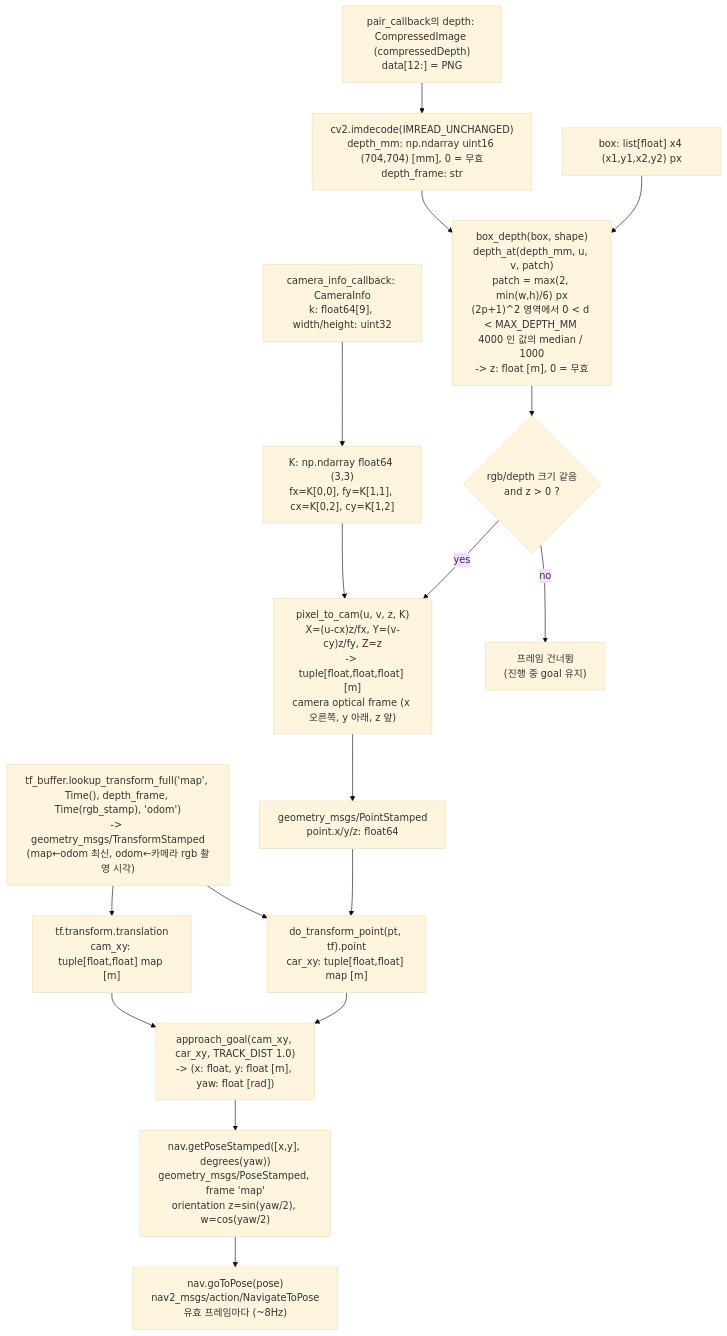
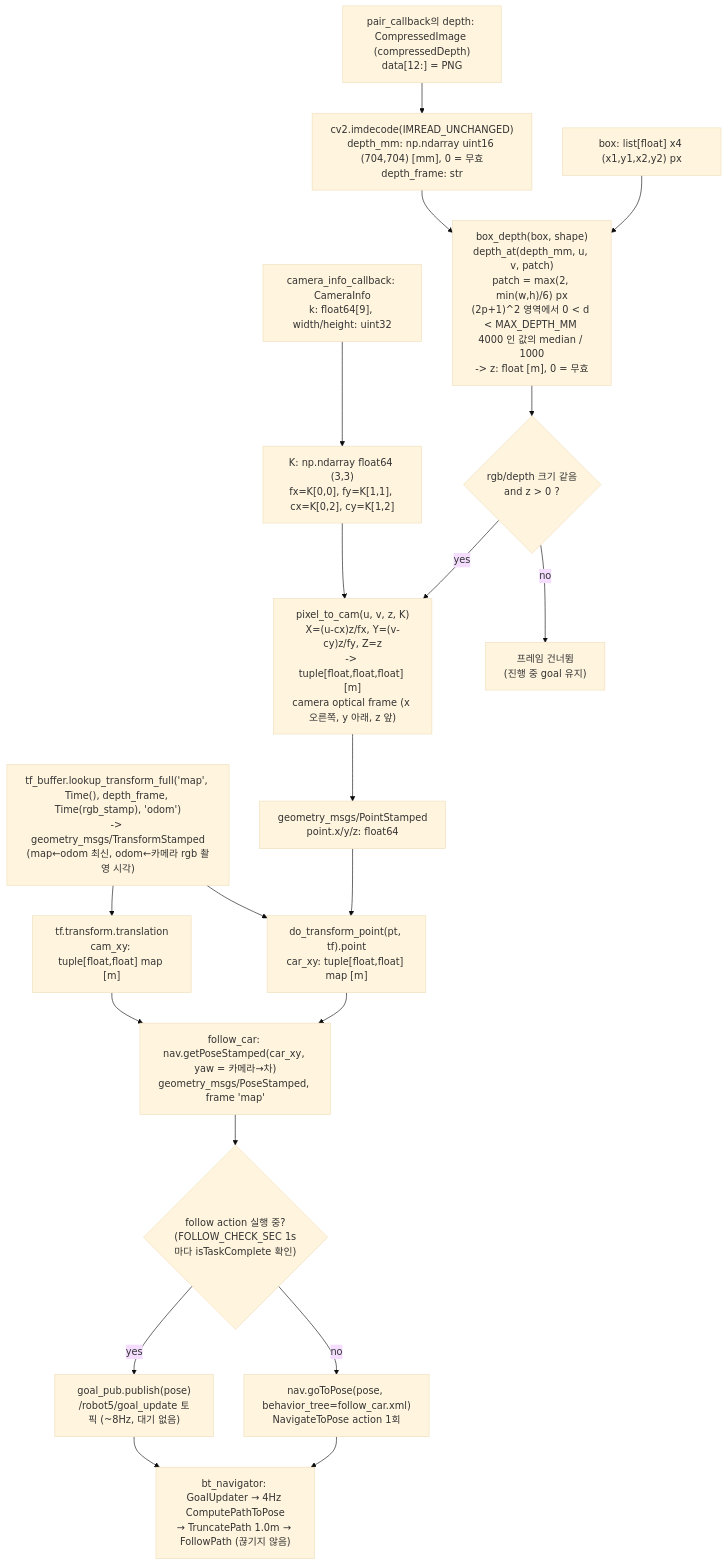
One commit to choicsh/cobot4_ws_miniproject changed the fifth of 7 diagrams in docs/architecture.md. Above: the diagram before and after it, drawn with Mermaid (base theme). The commit also changed other lines of this file and 4 other files, not shown here.

First line of the commit message:
feat(mission): TRACK을 Nav2 follow_point BT로 (action 1회 + goal_update 토픽)

````diff
--- a/docs/architecture.md
+++ b/docs/architecture.md
@@ -149,19 +150,22 @@
 ```mermaid
 flowchart TD
     D0["pair_callback의 depth: CompressedImage (compressedDepth)<br/>data[12:] = PNG"] --> D1["cv2.imdecode(IMREAD_UNCHANGED)<br/>depth_mm: np.ndarray uint16 (704,704) [mm], 0 = 무효<br/>depth_frame: str"]
     K0["camera_info_callback: CameraInfo<br/>k: float64[9], width/height: uint32"] --> K1["K: np.ndarray float64 (3,3)<br/>fx=K[0,0], fy=K[1,1], cx=K[0,2], cy=K[1,2]"]
     BOX["box: list[float] x4 (x1,y1,x2,y2) px"] --> Z
     D1 --> Z["box_depth(box, shape)<br/>depth_at(depth_mm, u, v, patch)<br/>patch = max(2, min(w,h)/6) px<br/>(2p+1)^2 영역에서 0 < d < MAX_DEPTH_MM 4000 인 값의 median / 1000<br/>-> z: float [m], 0 = 무효"]
     Z --> CHK{"rgb/depth 크기 같음<br/>and z > 0 ?"}
     CHK -- no --> SKIP["프레임 건너뜀<br/>(진행 중 goal 유지)"]
     CHK -- yes --> P["pixel_to_cam(u, v, z, K)<br/>X=(u-cx)z/fx, Y=(v-cy)z/fy, Z=z<br/>-> tuple[float,float,float] [m]<br/>camera optical frame (x 오른쪽, y 아래, z 앞)"]
     K1 --> P
     TF0["tf_buffer.lookup_transform_full('map', Time(), depth_frame, Time(rgb_stamp), 'odom')<br/>-> geometry_msgs/TransformStamped<br/>(map←odom 최신, odom←카메라 rgb 촬영 시각)"] --> T
     P --> PS["geometry_msgs/PointStamped<br/>point.x/y/z: float64"]
     PS --> T["do_transform_point(pt, tf).point<br/>car_xy: tuple[float,float] map [m]"]
     TF0 --> CAM["tf.transform.translation<br/>cam_xy: tuple[float,float] map [m]"]
-    T --> AG["approach_goal(cam_xy, car_xy, TRACK_DIST 1.0)<br/>-> (x: float, y: float [m], yaw: float [rad])"]
-    CAM --> AG
-    AG --> PO["nav.getPoseStamped([x,y], degrees(yaw))<br/>geometry_msgs/PoseStamped, frame 'map'<br/>orientation z=sin(yaw/2), w=cos(yaw/2)"]
-    PO --> GO["nav.goToPose(pose)<br/>nav2_msgs/action/NavigateToPose<br/>유효 프레임마다 (~8Hz)"]
+    T --> PO["follow_car: nav.getPoseStamped(car_xy, yaw = 카메라→차)<br/>geometry_msgs/PoseStamped, frame 'map'"]
+    CAM --> PO
+    PO --> FQ{"follow action 실행 중?<br/>(FOLLOW_CHECK_SEC 1s마다 isTaskComplete 확인)"}
+    FQ -- no --> GO["nav.goToPose(pose, behavior_tree=follow_car.xml)<br/>NavigateToPose action 1회"]
+    FQ -- yes --> GU["goal_pub.publish(pose)<br/>/robot5/goal_update 토픽 (~8Hz, 대기 없음)"]
+    GU --> BT["bt_navigator: GoalUpdater → 4Hz ComputePathToPose<br/>→ TruncatePath 1.0m → FollowPath (끊기지 않음)"]
+    GO --> BT
 ```
````
